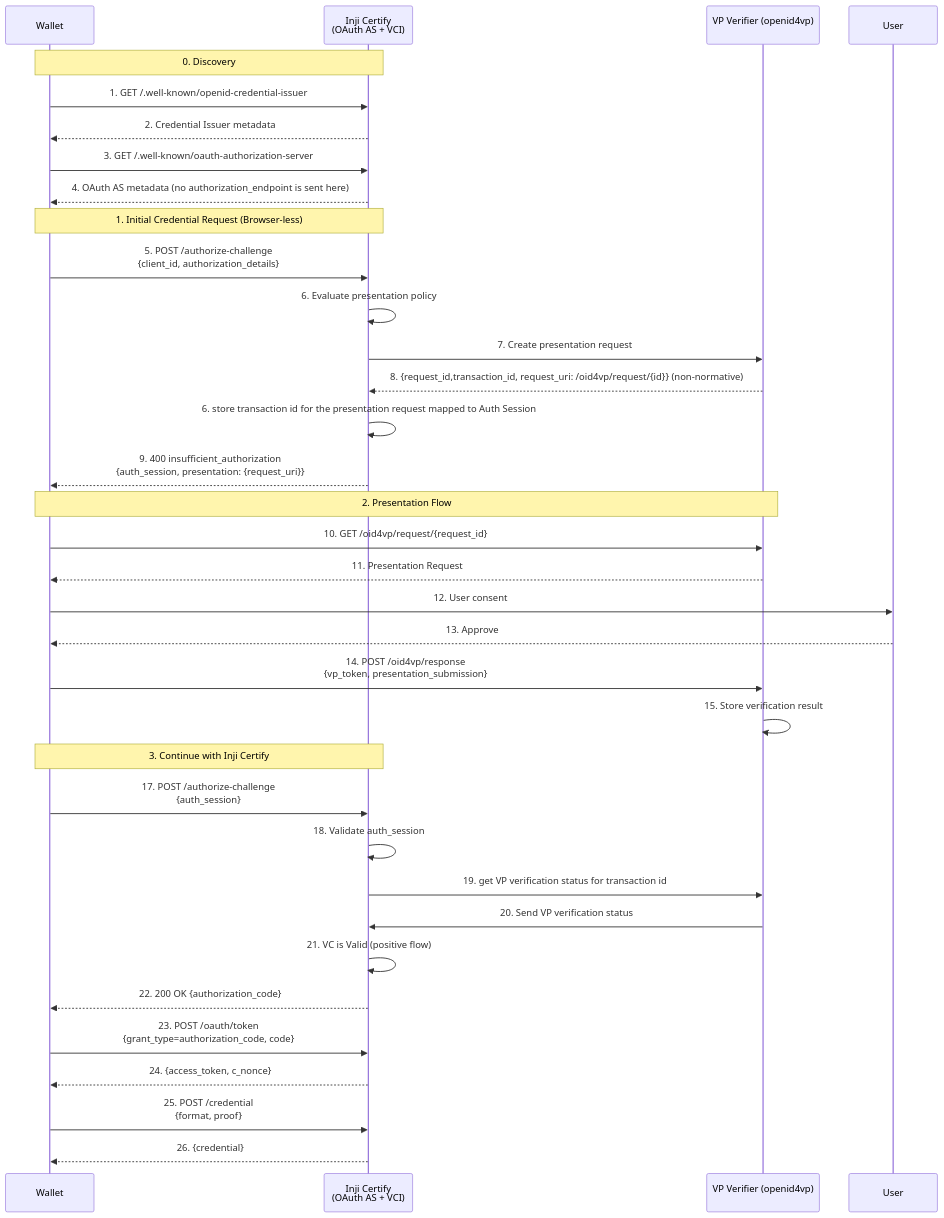
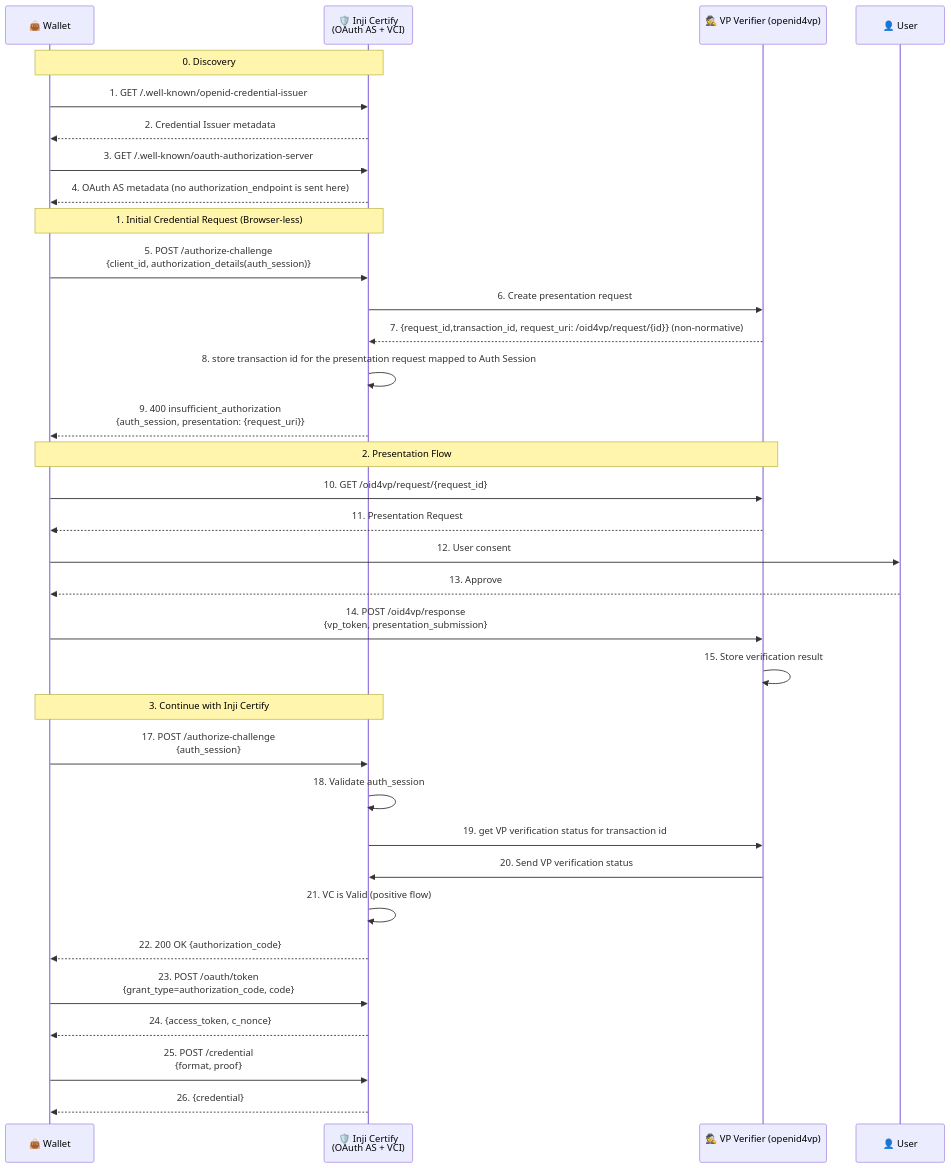
The diagram in docs/Presentation-During-Issuance.md (mosip/inji-certify), drawn with Mermaid before and after one commit. The commit also changed other lines of this file, not shown here.

Commit message:
[Fixed review comments]

````diff
--- a/docs/Presentation-During-Issuance.md
+++ b/docs/Presentation-During-Issuance.md
@@ -27,44 +27,43 @@
 ```mermaid
 sequenceDiagram
-    participant W as Wallet
-    participant IC as Inji Certify<br/>(OAuth AS + VCI)
-    participant IVP as VP Verifier (openid4vp)<br/>
-    participant U as User
+    participant W as 👜 Wallet
+    participant IC as 🛡️ Inji Certify<br/>(OAuth AS + VCI)
+    participant IVP as 🕵️ VP Verifier (openid4vp)<br/>
+    participant U as 👤 User
 
     Note over W,IC: 0. Discovery
     W->>IC: 1. GET /.well-known/openid-credential-issuer
     IC-->>W: 2. Credential Issuer metadata
     W->>IC: 3. GET /.well-known/oauth-authorization-server
     IC-->>W: 4. OAuth AS metadata (no authorization_endpoint is sent here)
     
     Note over W,IC: 1. Initial Credential Request (Browser-less)
-    W->>IC: 5. POST /authorize-challenge<br/>{client_id, authorization_details}
-    IC->>IC: 6. Evaluate presentation policy
-    IC->>IVP: 7. Create presentation request
-    IVP-->>IC: 8. {request_id,transaction_id, request_uri: /oid4vp/request/{id}} (non-normative)
-    IC->>IC: 6. store transaction id for the presentation request mapped to Auth Session
+    W->>IC: 5. POST /authorize-challenge<br/>{client_id, authorization_details(auth_session)}
+    IC->>IVP: 6. Create presentation request
+    IVP-->>IC: 7. {request_id,transaction_id, request_uri: /oid4vp/request/{id}} (non-normative)
+    IC->>IC: 8. store transaction id for the presentation request mapped to Auth Session
     IC-->>W: 9. 400 insufficient_authorization<br/>{auth_session, presentation: {request_uri}}
     
     Note over W,IVP: 2. Presentation Flow
     W->>IVP: 10. GET /oid4vp/request/{request_id}
     IVP-->>W: 11. Presentation Request
     W->>U: 12. User consent
     U-->>W: 13. Approve
     W->>IVP: 14. POST /oid4vp/response<br/>{vp_token, presentation_submission}
     IVP->>IVP: 15. Store verification result
     
     
     Note over W,IC: 3. Continue with Inji Certify
     W->>IC: 17. POST /authorize-challenge<br/>{auth_session}
     IC->>IC: 18. Validate auth_session 
     IC->>IVP: 19. get VP verification status for transaction id
     IVP->>IC: 20. Send VP verification status
     IC->>IC: 21. VC is Valid (positive flow)
     IC-->>W: 22. 200 OK {authorization_code}
     
     W->>IC: 23. POST /oauth/token<br/>{grant_type=authorization_code, code}
     IC-->>W: 24. {access_token, c_nonce}
     
     W->>IC: 25. POST /credential<br/>{format, proof}
     IC-->>W: 26. {credential}
 ```
````
